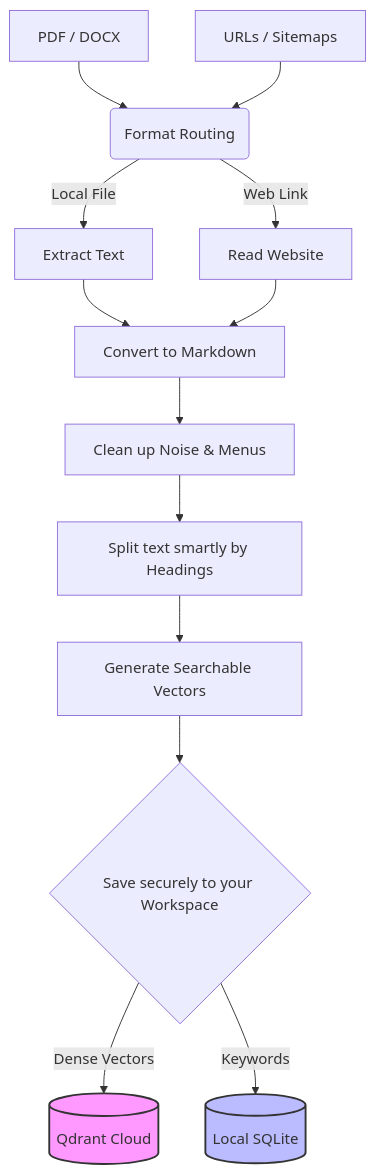
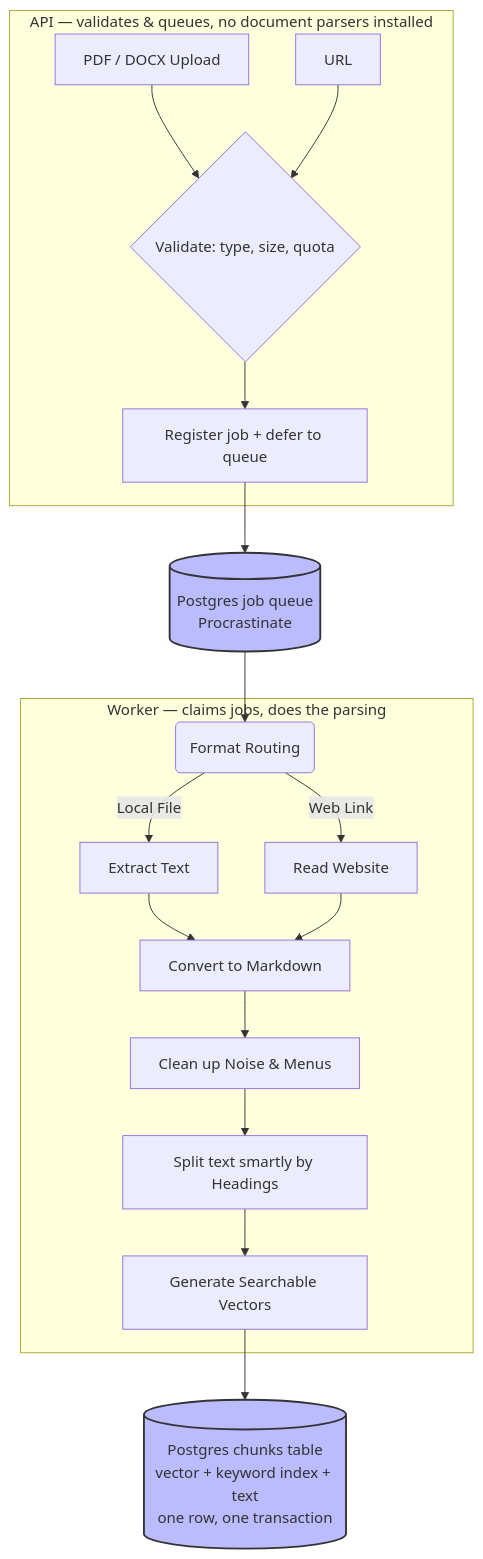
Before and after one commit to rudrabaru/nexus-rag: the second of 4 diagrams in README.md, drawn with Mermaid. The commit also changed other lines of this file and 3 other files, not shown here.

Commit message:
docs: update documentation for the Postgres and job-queue redesign

````diff
--- a/README.md
+++ b/README.md
@@ -140,28 +153,29 @@
 ```mermaid
 graph TD
-    %% Inputs
-    A1[PDF / DOCX] --> B(Format Routing)
-    A2[URLs / Sitemaps] --> B
-    
-    %% Extraction
-    B -->|Local File| C1[Extract Text]
-    B -->|Web Link| C2[Read Website]
-    
-    C1 --> D[Convert to Markdown]
-    C2 --> D
-    
-    %% Processing
-    D --> E[Clean up Noise & Menus]
-    E --> F[Split text smartly by Headings]
-    
-    %% Embedding & Indexing
-    F --> G[Generate Searchable Vectors]
-    
-    G --> H{Save securely to your Workspace}
-    
-    H -->|Dense Vectors| I[(Qdrant Cloud)]
-    H -->|Keywords| J[(Local SQLite)]
-    
-    style I fill:#f9f,stroke:#333,stroke-width:2px
-    style J fill:#bbf,stroke:#333,stroke-width:2px
+    subgraph API["API — validates & queues, no document parsers installed"]
+        A1[PDF / DOCX Upload] --> V{Validate: type, size, quota}
+        A2[URL] --> V
+        V --> Q[Register job + defer to queue]
+    end
+
+    Q --> QT[(Postgres job queue<br/>Procrastinate)]
+    QT --> W
+
+    subgraph Worker["Worker — claims jobs, does the parsing"]
+        W(Format Routing) -->|Local File| C1[Extract Text]
+        W -->|Web Link| C2[Read Website]
+
+        C1 --> D[Convert to Markdown]
+        C2 --> D
+
+        D --> E[Clean up Noise & Menus]
+        E --> F[Split text smartly by Headings]
+
+        F --> G[Generate Searchable Vectors]
+    end
+
+    G --> H[(Postgres chunks table<br/>vector + keyword index + text<br/>one row, one transaction)]
+
+    style H fill:#bbf,stroke:#333,stroke-width:2px
+    style QT fill:#bbf,stroke:#333,stroke-width:2px
 ```
````
